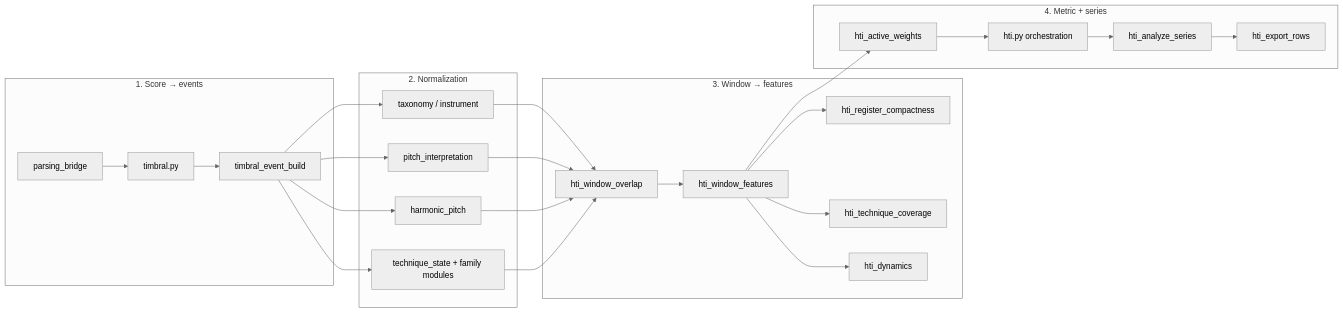
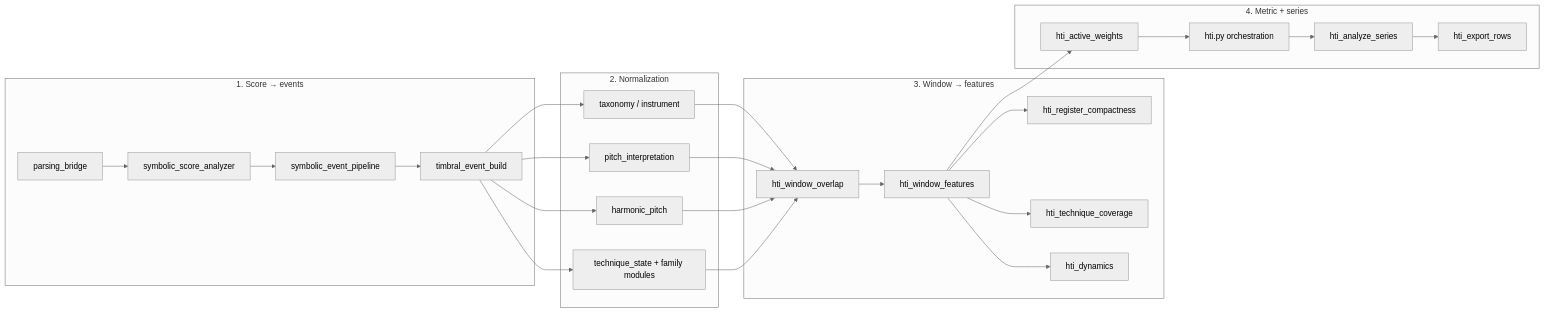
The diagram in docs/HTI_SYMBOLIC_PIPELINE.md (LuisMRaimundo/Timbral_Instrumental_Homogeneity), drawn with Mermaid (neutral theme) before and after one commit. The commit also changed other lines of this file and 24 other files, not shown here.

First line of the commit message:
Decouple H_TI from timbral.py via SymbolicScoreAnalyzer

````diff
--- a/docs/HTI_SYMBOLIC_PIPELINE.md
+++ b/docs/HTI_SYMBOLIC_PIPELINE.md
@@ -9,32 +9,33 @@
 ```mermaid
 flowchart LR
     subgraph extract [1. Score → events]
         A[parsing_bridge]
-        B[timbral.py]
-        C[timbral_event_build]
+        B[symbolic_score_analyzer]
+        C[symbolic_event_pipeline]
+        TEB[timbral_event_build]
     end
     subgraph normalize [2. Normalization]
         D[taxonomy / instrument]
         E[pitch_interpretation]
         F[harmonic_pitch]
         G[technique_state + family modules]
     end
     subgraph window [3. Window → features]
         H[hti_window_overlap]
         I[hti_window_features]
         J[hti_register_compactness]
         K[hti_technique_coverage]
         L[hti_dynamics]
     end
     subgraph metric [4. Metric + series]
         M[hti_active_weights]
         N[hti.py orchestration]
         O[hti_analyze_series]
         P[hti_export_rows]
     end
-    A --> B --> C
-    C --> D & E & F & G
+    A --> B --> C --> TEB
+    TEB --> D & E & F & G
     D & E & F & G --> H --> I
     I --> J & K & L
     I --> M --> N --> O --> P
 ```
````
